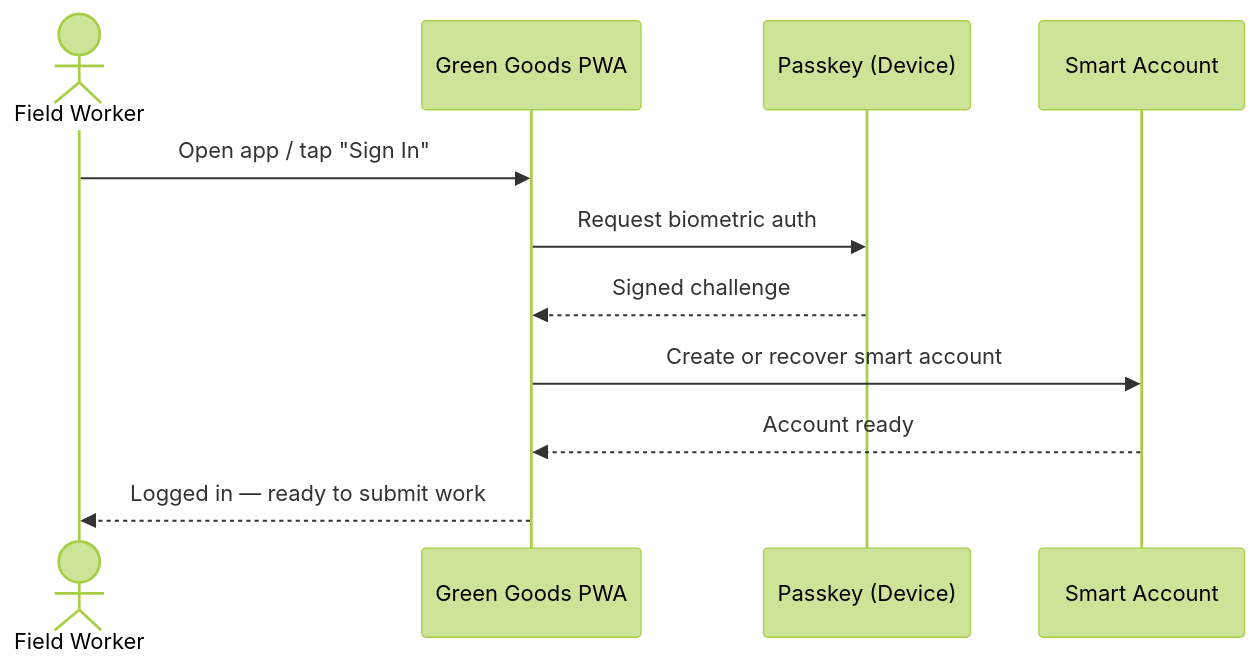
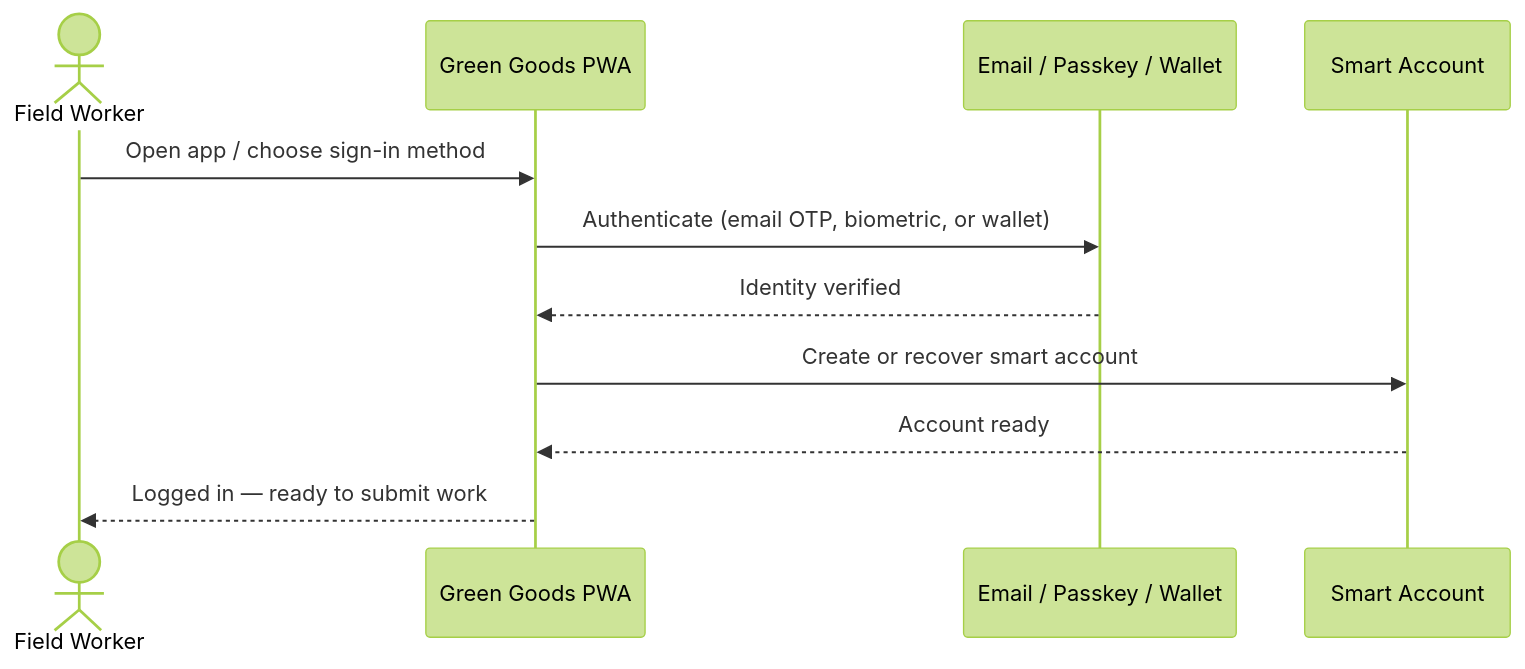
Before and after one commit to greenpill-dev-guild/green-goods: the first of 2 diagrams in docs/docs/community/how-it-works.mdx, drawn with Mermaid (forest theme). The commit also changed other lines of this file and 25 other files, not shown here.

````diff
--- a/docs/docs/community/how-it-works.mdx
+++ b/docs/docs/community/how-it-works.mdx
@@ -47,14 +51,14 @@
 ```mermaid
 sequenceDiagram
     actor User as Field Worker
     participant App as Green Goods PWA
-    participant PK as Passkey (Device)
+    participant Auth as Email / Passkey / Wallet
     participant SA as Smart Account
 
-    User->>App: Open app / tap "Sign In"
-    App->>PK: Request biometric auth
-    PK-->>App: Signed challenge
+    User->>App: Open app / choose sign-in method
+    App->>Auth: Authenticate (email OTP, biometric, or wallet)
+    Auth-->>App: Identity verified
     App->>SA: Create or recover smart account
     SA-->>App: Account ready
     App-->>User: Logged in — ready to submit work
 ```
````
